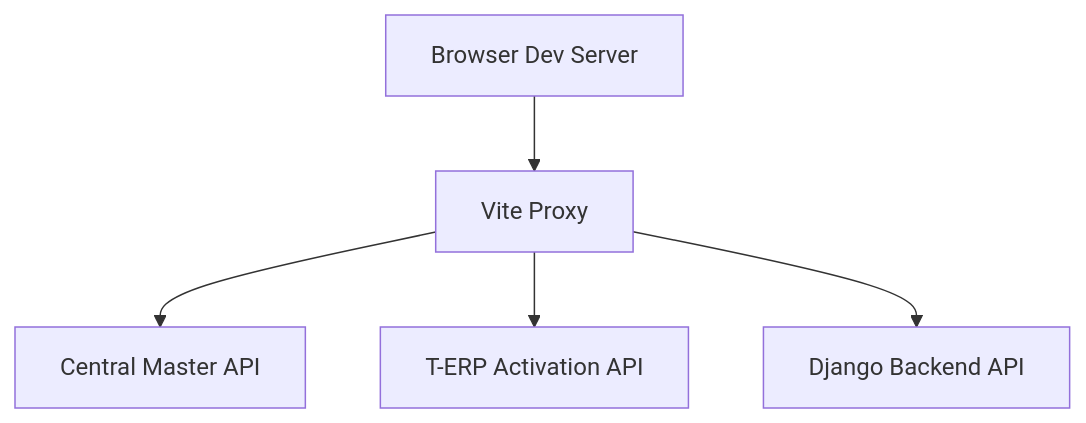
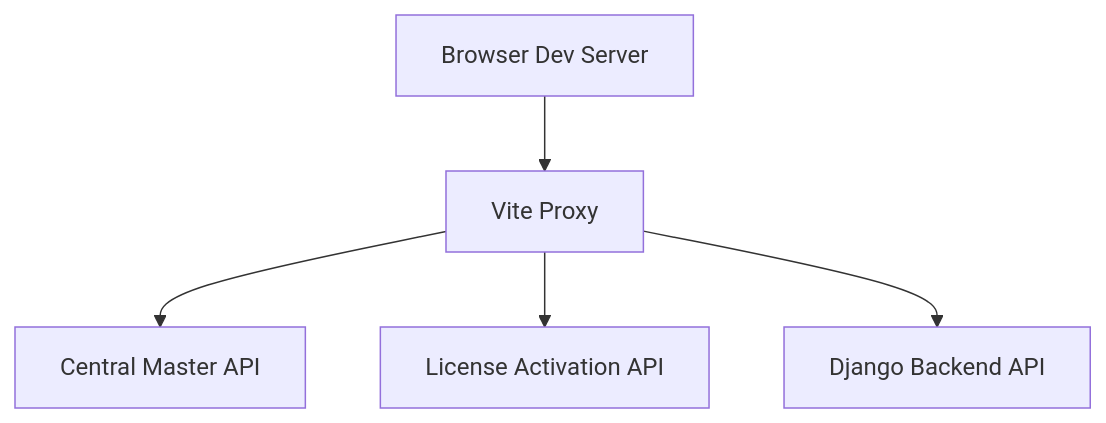
One commit to imcbsglobal/TRELLISCO_ERP_FRONTEND changed diagram 12 of 13 in .qoder/repowiki/en/content/Application Architecture/API Integration Patterns.md. Above: the diagram before and after it, drawn with Mermaid. The commit also changed other lines of this file and 11 other files, not shown here.

````diff
--- a/.qoder/repowiki/en/content/Application Architecture/API Integration Patterns.md
+++ b/.qoder/repowiki/en/content/Application Architecture/API Integration Patterns.md
@@ -573,7 +577,7 @@
 ```mermaid
 flowchart TD
 Browser["Browser Dev Server"] --> Proxy["Vite Proxy"]
 Proxy --> Central["Central Master API"]
-Proxy --> TERP["T-ERP Activation API"]
+Proxy --> License["License Activation API"]
 Proxy --> Django["Django Backend API"]
 ```
````
